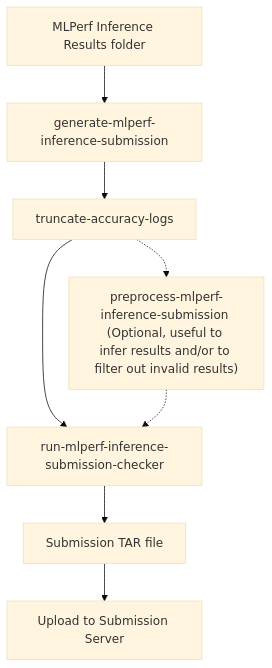
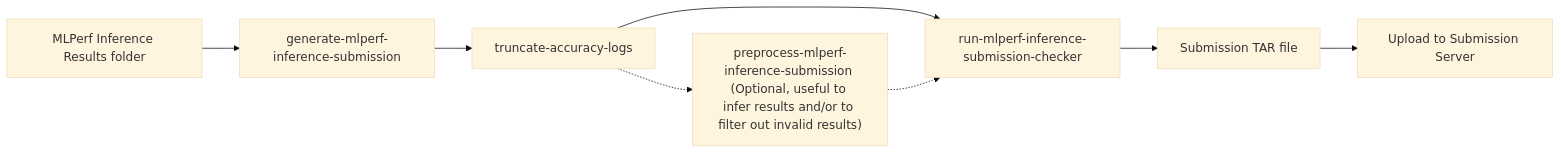
One commit to GATEOverflow/inference changed the diagram in docs/submission/index.md. Above: the diagram before and after it, drawn with Mermaid (base theme).

````diff
--- a/docs/submission/index.md
+++ b/docs/submission/index.md
@@ -13,10 +13,10 @@
 ```mermaid
-flowchart TD
+flowchart LR
     A[MLPerf Inference Results folder] --> B[generate-mlperf-inference-submission]
     B --> C[truncate-accuracy-logs]
     C --> D[run-mlperf-inference-submission-checker]
     C -.-> E["preprocess-mlperf-inference-submission (Optional, useful to infer results and/or to filter out invalid results)"]
     E -.-> D
     D --> F[Submission TAR file]
     F --> G[Upload to Submission Server]
 ```
````
